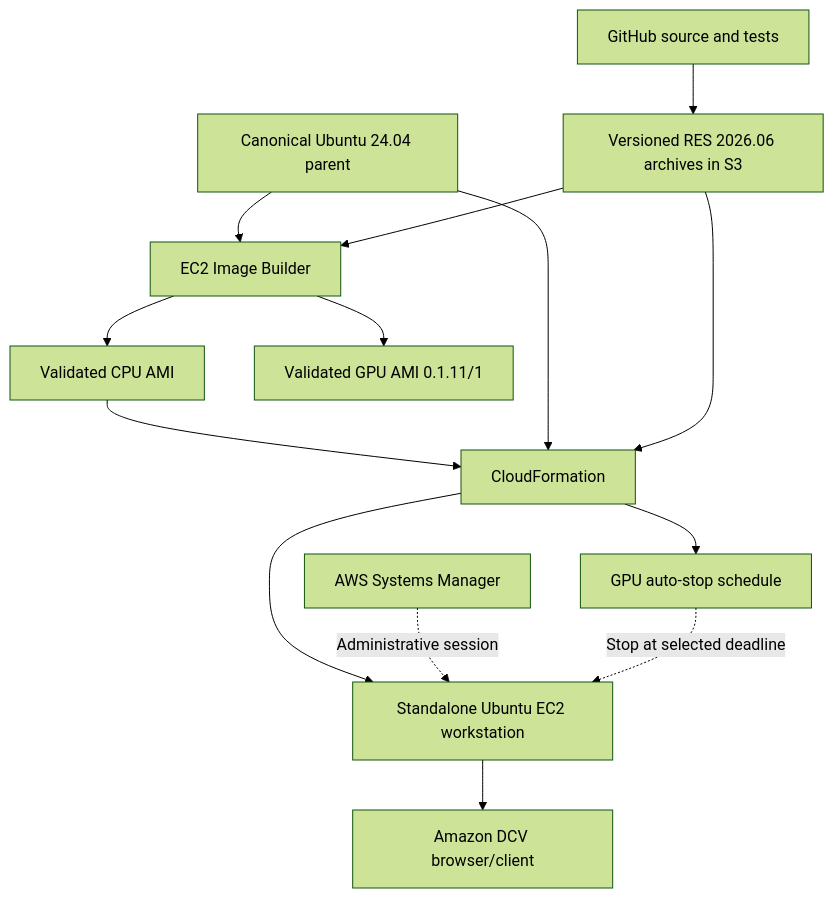
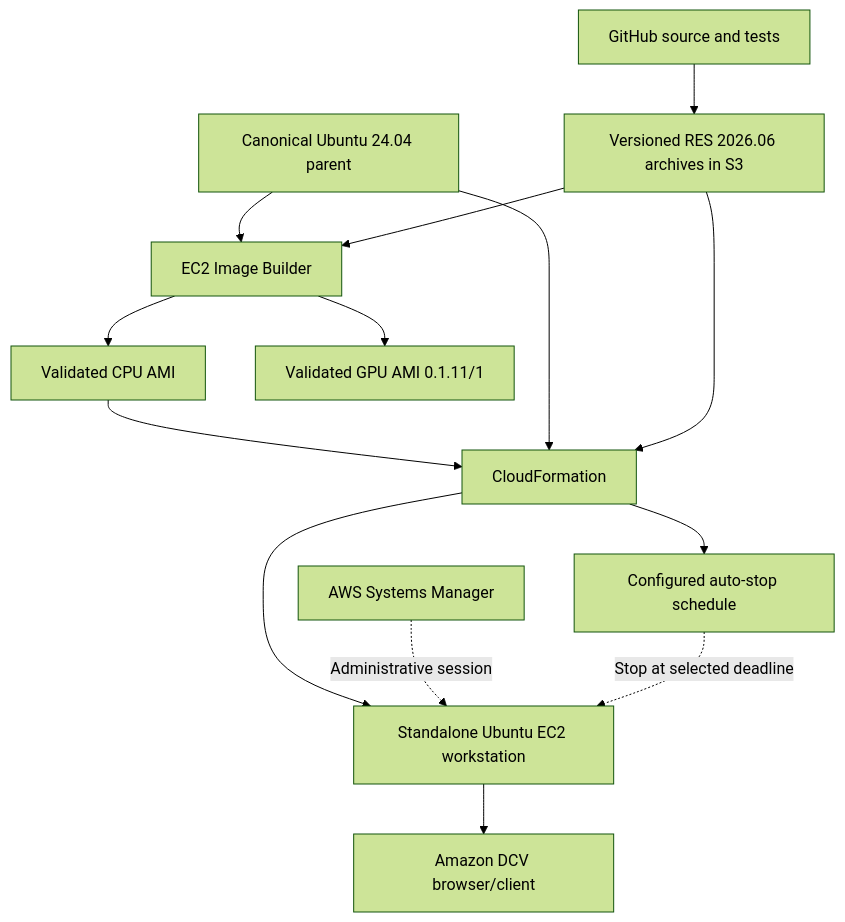
The diagram in docs/visual-architecture.md (vision-kwest/studio-workstation), drawn with Mermaid (forest theme) before and after one commit. The commit also changed other lines of this file and 10 other files, not shown here.

````diff
--- a/docs/visual-architecture.md
+++ b/docs/visual-architecture.md
@@ -12,16 +12,16 @@
 ```mermaid
 flowchart TD
   Repo["GitHub source and tests"] --> Release["Versioned RES 2026.06 archives in S3"]
   Ubuntu["Canonical Ubuntu 24.04 parent"] --> Builder["EC2 Image Builder"]
   Release --> Builder
   Builder --> CPU["Validated CPU AMI"]
   Builder --> GPU["Validated GPU AMI 0.1.11/1"]
   CPU --> CFN["CloudFormation"]
   Ubuntu --> CFN
   Release --> CFN
   CFN --> EC2["Standalone Ubuntu EC2 workstation"]
   EC2 --> DCV["Amazon DCV browser/client"]
   SSM["AWS Systems Manager"] -. "Administrative session" .-> EC2
-  CFN --> Scheduler["GPU auto-stop schedule"]
+  CFN --> Scheduler["Configured auto-stop schedule"]
   Scheduler -. "Stop at selected deadline" .-> EC2
 ```
````
